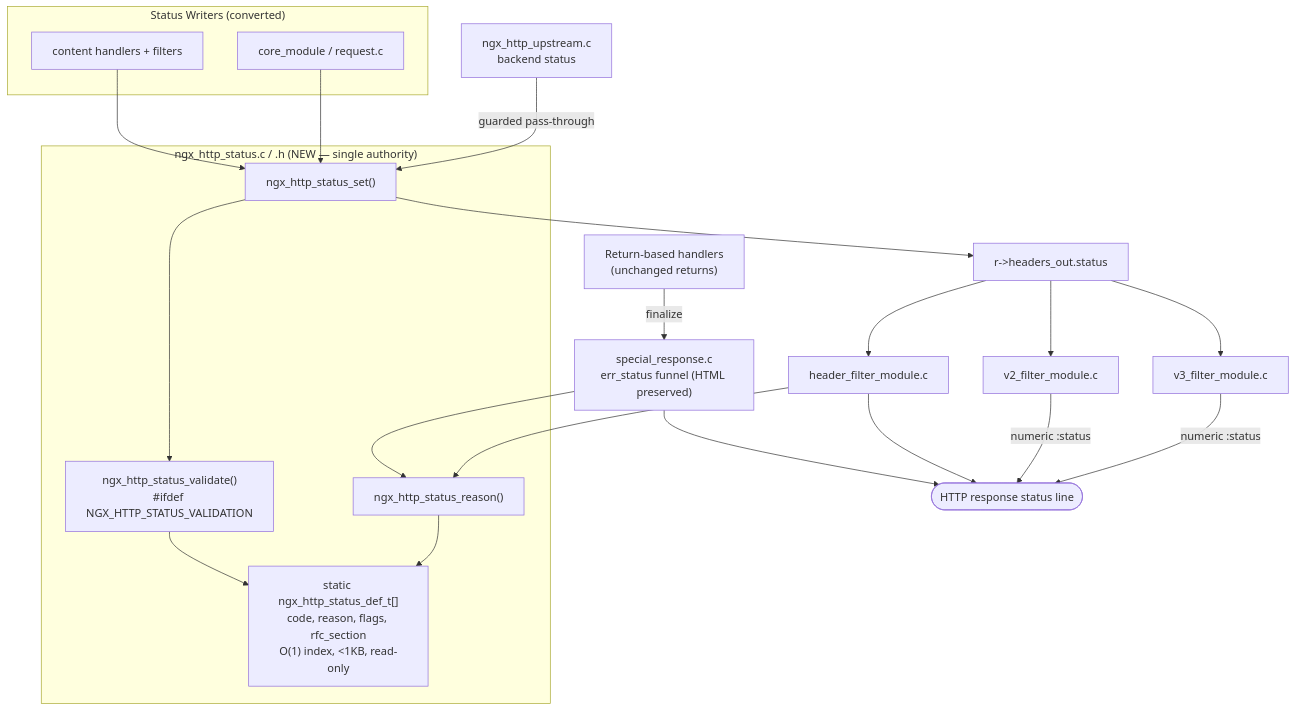
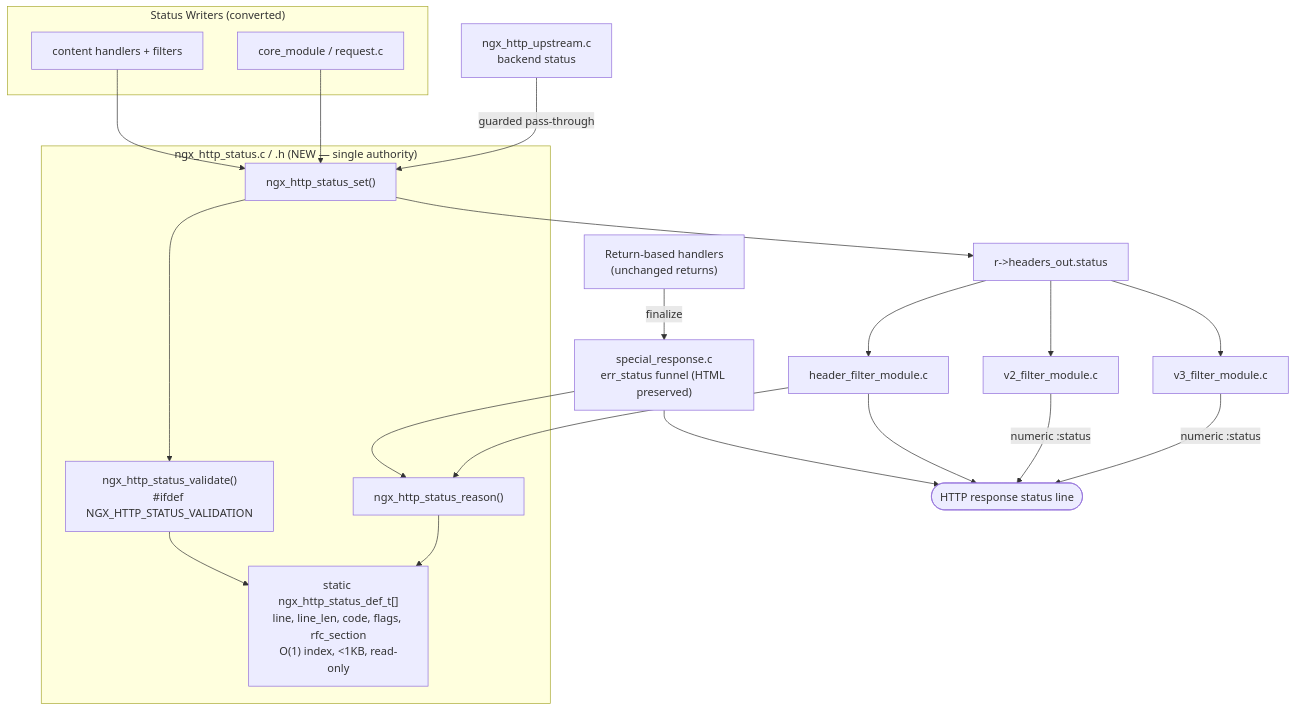
Before and after one commit to Blitzy-Sandbox/blitzy-nginx: the second of 2 diagrams in docs/migration/status_code_api.md, drawn with Mermaid. The commit also changed 10 other files, not shown here.

````diff
--- a/docs/migration/status_code_api.md
+++ b/docs/migration/status_code_api.md
@@ -199,38 +199,38 @@
 ```mermaid
 graph TD
     subgraph Writers["Status Writers (converted)"]
         M1["content handlers + filters"]
         M3["core_module / request.c"]
     end
     RET["Return-based handlers<br/>(unchanged returns)"]
     UP["ngx_http_upstream.c<br/>backend status"]
     subgraph Registry["ngx_http_status.c / .h (NEW — single authority)"]
         SET["ngx_http_status_set()"]
         VAL["ngx_http_status_validate()<br/>#ifdef NGX_HTTP_STATUS_VALIDATION"]
         REASON["ngx_http_status_reason()"]
-        TABLE["static ngx_http_status_def_t[]<br/>code, reason, flags, rfc_section<br/>O(1) index, <1KB, read-only"]
+        TABLE["static ngx_http_status_def_t[]<br/>line, line_len, code, flags, rfc_section<br/>O(1) index, <1KB, read-only"]
     end
     FIELD["r->headers_out.status"]
     ERR["special_response.c<br/>err_status funnel (HTML preserved)"]
     HF["header_filter_module.c"]
     V2["v2_filter_module.c"]
     V3["v3_filter_module.c"]
     WIRE(["HTTP response status line"])
     M1 --> SET
     M3 --> SET
     RET -->|"finalize"| ERR
     UP -->|"guarded pass-through"| SET
     SET --> VAL
     VAL --> TABLE
     SET --> FIELD
     ERR --> REASON
     HF --> REASON
     REASON --> TABLE
     FIELD --> HF
     FIELD --> V2
     FIELD --> V3
     HF --> WIRE
     ERR --> WIRE
     V2 -->|"numeric :status"| WIRE
     V3 -->|"numeric :status"| WIRE
 ```
````
